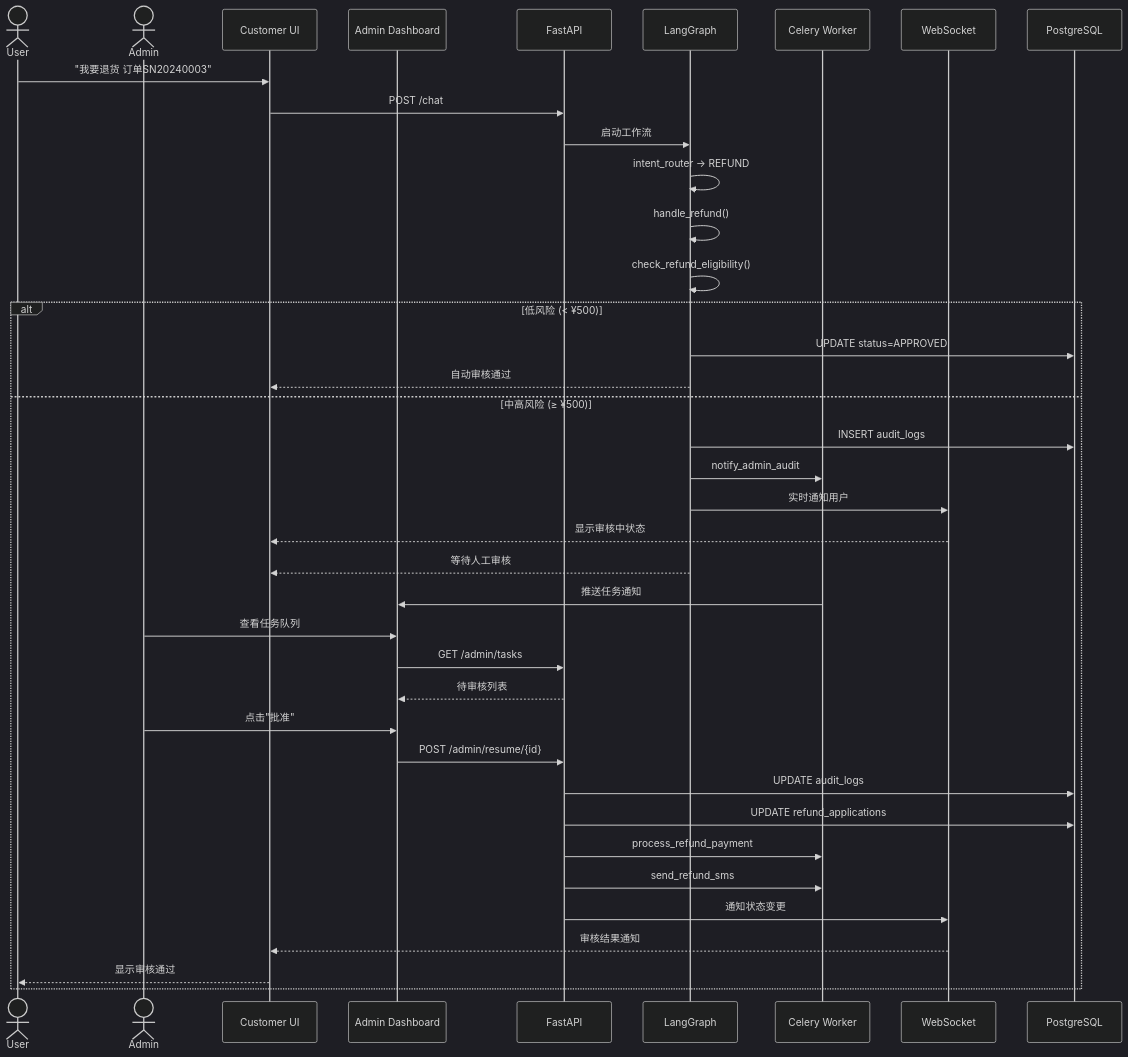
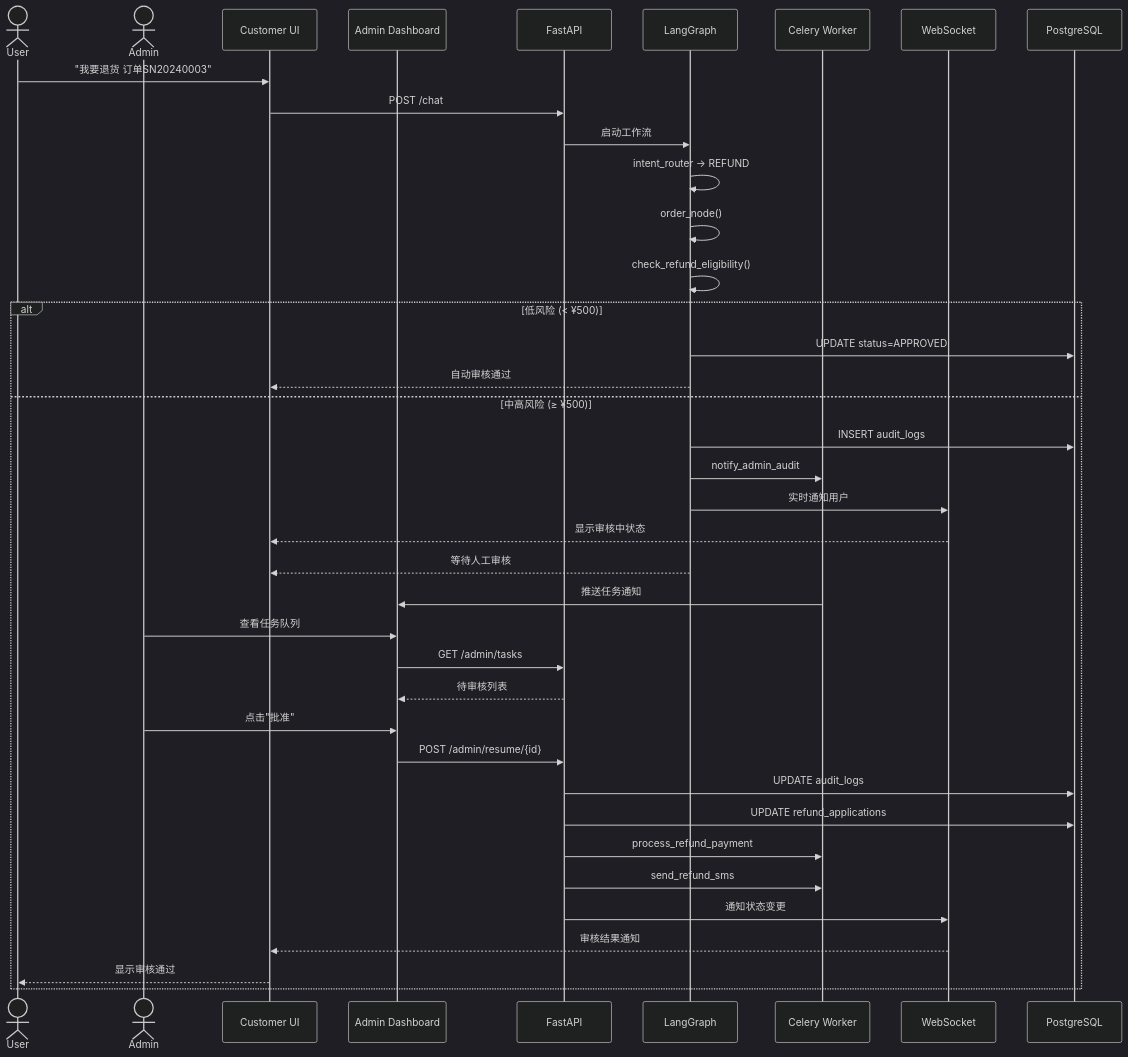
One commit to Mr-ZeLong/E-commerce-Smart-Agent changed the fifth of 8 diagrams in architecture.md. Above: the diagram before and after it, drawn with Mermaid (dark theme). The commit also changed other lines of this file and 47 other files, not shown here.

````diff
--- a/architecture.md
+++ b/architecture.md
@@ -275,45 +275,45 @@
 ```mermaid
 sequenceDiagram
     actor User
     actor Admin
     participant CUI as Customer UI
     participant ADM as Admin Dashboard
     participant API as FastAPI
     participant Graph as LangGraph
     participant Celery as Celery Worker
     participant WS as WebSocket
     participant DB as PostgreSQL
 
     User->>CUI: "我要退货 订单SN20240003"
     CUI->>API: POST /chat
     API->>Graph: 启动工作流
     Graph->>Graph: intent_router → REFUND
-    Graph->>Graph: handle_refund()
+    Graph->>Graph: order_node()
     Graph->>Graph: check_refund_eligibility()
 
     alt 低风险 (< ¥500)
         Graph->>DB: UPDATE status=APPROVED
         Graph-->>CUI: 自动审核通过
     else 中高风险 (≥ ¥500)
         Graph->>DB: INSERT audit_logs
         Graph->>Celery: notify_admin_audit
         Graph->>WS: 实时通知用户
         WS-->>CUI: 显示审核中状态
         Graph-->>CUI: 等待人工审核
 
         Celery->>ADM: 推送任务通知
         Admin->>ADM: 查看任务队列
         ADM->>API: GET /admin/tasks
         API-->>ADM: 待审核列表
 
         Admin->>ADM: 点击"批准"
         ADM->>API: POST /admin/resume/{id}
         API->>DB: UPDATE audit_logs
         API->>DB: UPDATE refund_applications
         API->>Celery: process_refund_payment
         API->>Celery: send_refund_sms
         API->>WS: 通知状态变更
         WS-->>CUI: 审核结果通知
         CUI-->>User: 显示审核通过
     end
 ```
````
